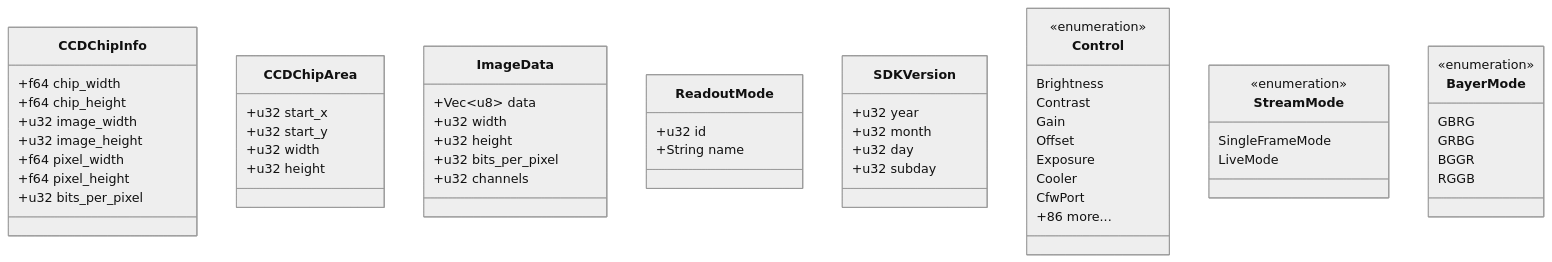
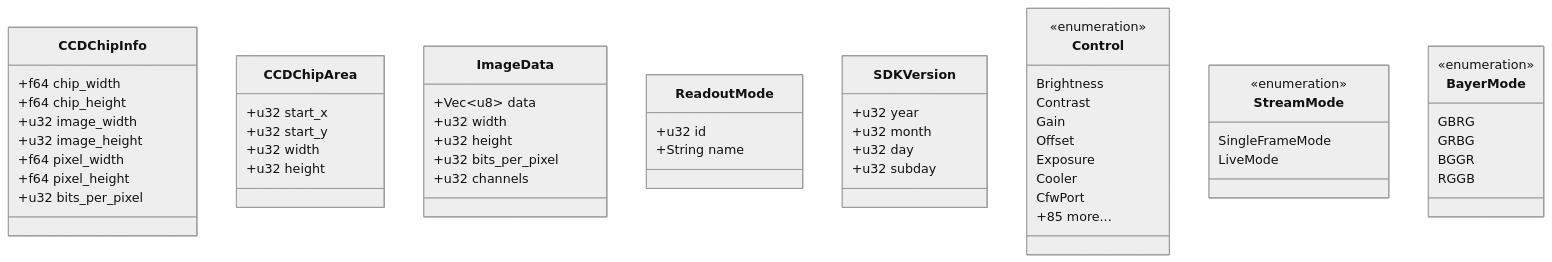
One commit to ivonnyssen/qhyccd-rs changed the ninth of 19 diagrams in docs/qhyccd-rs.md. Above: the diagram before and after it, drawn with Mermaid (neutral theme). The commit also changed other lines of this file and 3 other files, not shown here.

````diff
--- a/docs/qhyccd-rs.md
+++ b/docs/qhyccd-rs.md
@@ -345,65 +345,65 @@
 ```mermaid
 classDiagram
     class CCDChipInfo {
         +f64 chip_width
         +f64 chip_height
         +u32 image_width
         +u32 image_height
         +f64 pixel_width
         +f64 pixel_height
         +u32 bits_per_pixel
     }
 
     class CCDChipArea {
         +u32 start_x
         +u32 start_y
         +u32 width
         +u32 height
     }
 
     class ImageData {
         +Vec~u8~ data
         +u32 width
         +u32 height
         +u32 bits_per_pixel
         +u32 channels
     }
 
     class ReadoutMode {
         +u32 id
         +String name
     }
 
     class SDKVersion {
         +u32 year
         +u32 month
         +u32 day
         +u32 subday
     }
 
     class Control {
         <<enumeration>>
         Brightness
         Contrast
         Gain
         Offset
         Exposure
         Cooler
         CfwPort
-        +86 more...
+        +85 more...
     }
 
     class StreamMode {
         <<enumeration>>
         SingleFrameMode
         LiveMode
     }
 
     class BayerMode {
         <<enumeration>>
         GBRG
         GRBG
         BGGR
         RGGB
     }
 ```
````
